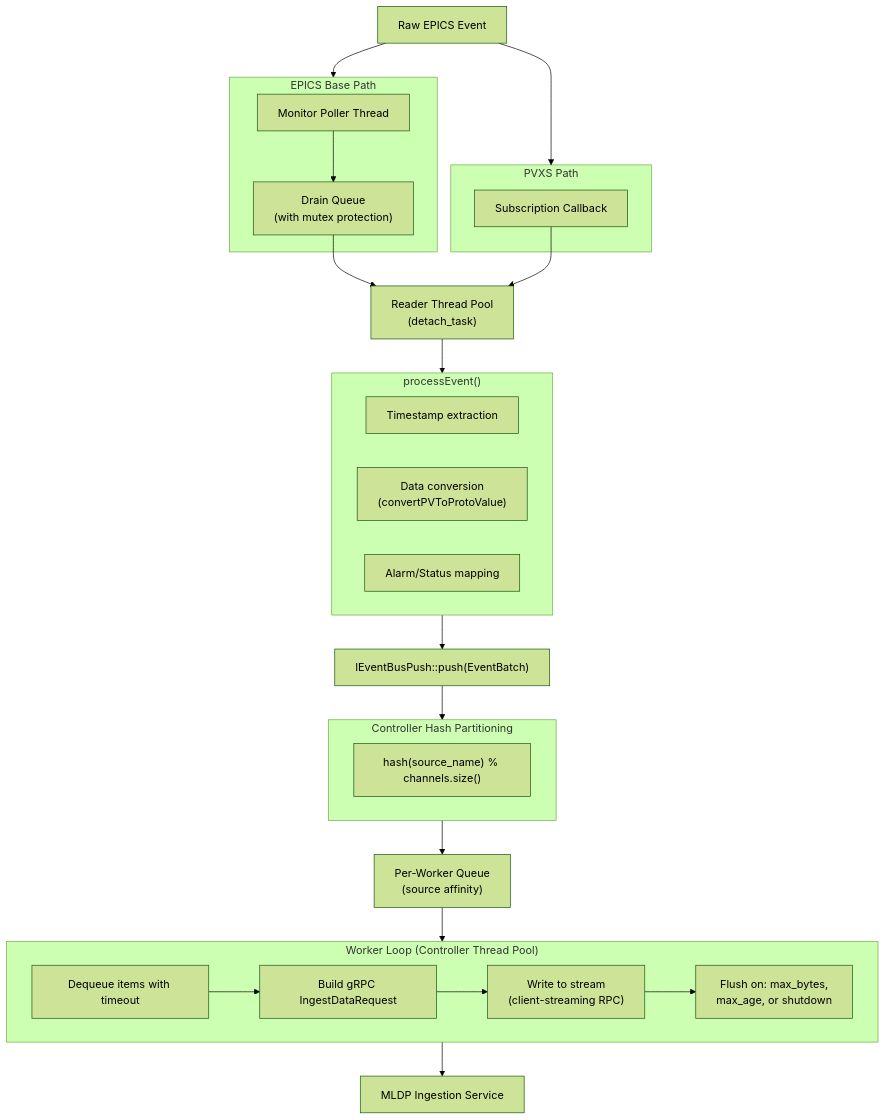
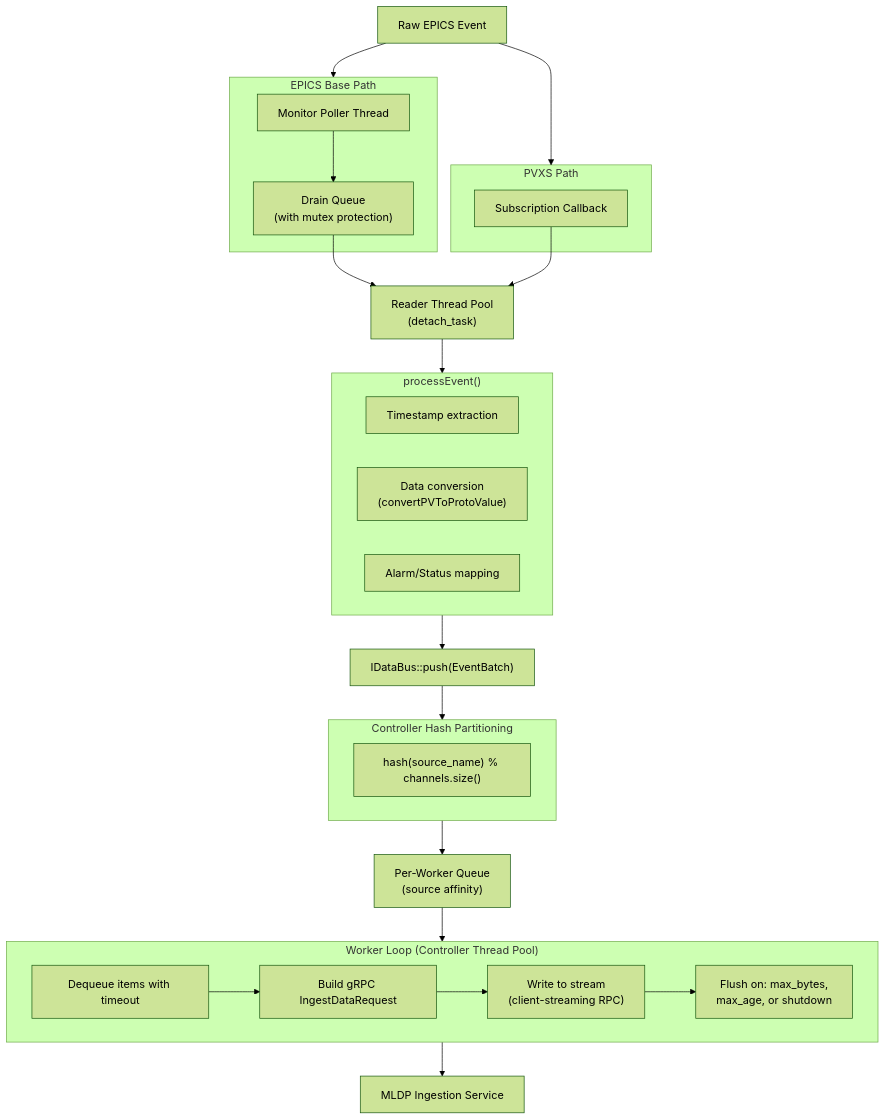
Before and after one commit to slaclab/mldp-pvxs-driver: the third of 3 diagrams in docs/architecture.md, drawn with Mermaid (forest theme). The commit also changed other lines of this file and 120 other files, not shown here.

````diff
--- a/docs/architecture.md
+++ b/docs/architecture.md
@@ -214,52 +214,52 @@
 ```mermaid
 flowchart TB
     RawEvent["Raw EPICS Event"]
 
     RawEvent --> EPICSBasePath
     RawEvent --> PVXSPath
 
     subgraph EPICSBasePath["EPICS Base Path"]
         MonitorPoller["Monitor Poller Thread"]
         DrainQueue["Drain Queue<br/>(with mutex protection)"]
         MonitorPoller --> DrainQueue
     end
 
     subgraph PVXSPath["PVXS Path"]
         SubCallback["Subscription Callback"]
     end
 
     DrainQueue --> ReaderPool
     SubCallback --> ReaderPool
 
     ReaderPool["Reader Thread Pool<br/>(detach_task)"]
 
     ReaderPool --> ProcessEvent
 
     subgraph ProcessEvent["processEvent()"]
         Timestamp["Timestamp extraction"]
         DataConv["Data conversion<br/>(convertPVToProtoValue)"]
         AlarmMap["Alarm/Status mapping"]
     end
 
-    ProcessEvent --> EventBusPush["IEventBusPush::push(EventBatch)"]
+    ProcessEvent --> EventBusPush["IDataBus::push(EventBatch)"]
 
     EventBusPush --> HashPart
 
     subgraph HashPart["Controller Hash Partitioning"]
         HashFunc["hash(source_name) % channels.size()"]
     end
 
     HashPart --> WorkerQueue["Per-Worker Queue<br/>(source affinity)"]
 
     WorkerQueue --> WorkerLoop
 
     subgraph WorkerLoop["Worker Loop (Controller Thread Pool)"]
         Dequeue["Dequeue items with timeout"]
         BuildReq["Build gRPC IngestDataRequest"]
         WriteStream["Write to stream<br/>(client-streaming RPC)"]
         Flush["Flush on: max_bytes,<br/>max_age, or shutdown"]
         Dequeue --> BuildReq --> WriteStream --> Flush
     end
 
     WorkerLoop --> MLDPService["MLDP Ingestion Service"]
 ```
````
